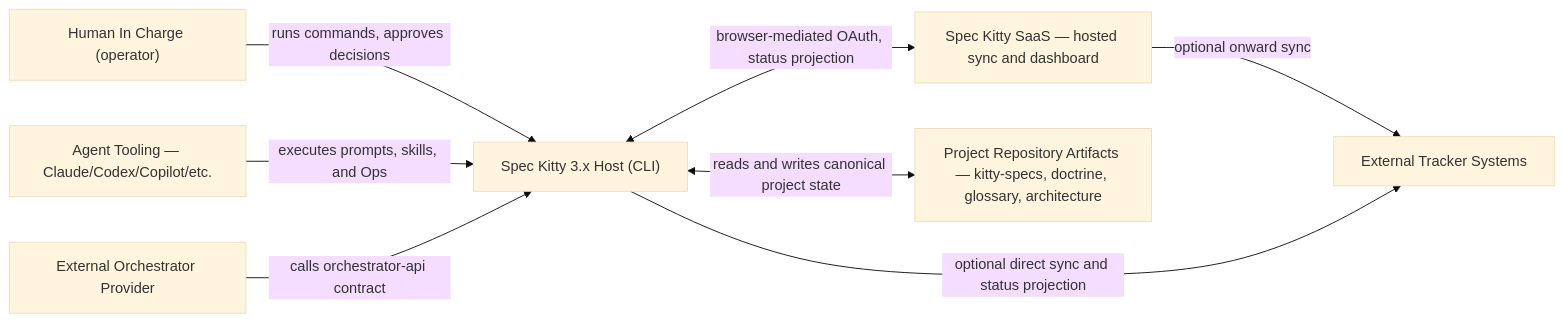
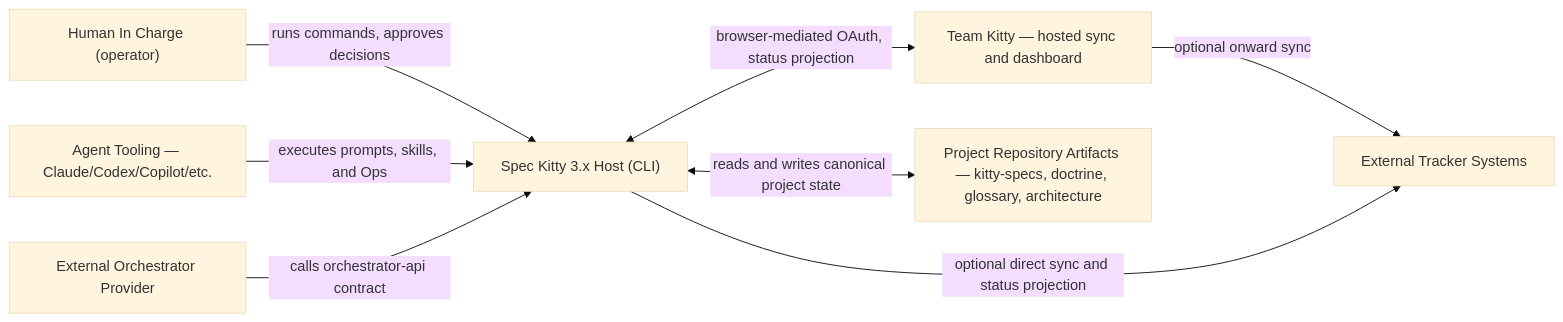
One commit to Priivacy-ai/spec-kitty changed the first of 2 diagrams in docs/architecture/diagrams/01_context/README.md. Above: the diagram before and after it, drawn with Mermaid (base theme). The commit also changed other lines of this file and 134 other files, not shown here.

Commit message:
docs: name the hosted product Team Kitty

````diff
--- a/docs/architecture/diagrams/01_context/README.md
+++ b/docs/architecture/diagrams/01_context/README.md
@@ -42,18 +42,18 @@
 ```mermaid
 flowchart LR
     hic["Human In Charge (operator)"]
     agent["Agent Tooling — Claude/Codex/Copilot/etc."]
     orch["External Orchestrator Provider"]
-    saas["Spec Kitty SaaS — hosted sync and dashboard"]
+    saas["Team Kitty — hosted sync and dashboard"]
     tracker["External Tracker Systems"]
     repo["Project Repository Artifacts — kitty-specs, doctrine, glossary, architecture"]
     sk["Spec Kitty 3.x Host (CLI)"]
 
     hic -->|runs commands, approves decisions| sk
     agent -->|executes prompts, skills, and Ops| sk
     orch -->|calls orchestrator-api contract| sk
     sk <-->|browser-mediated OAuth, status projection| saas
     saas -->|optional onward sync| tracker
     sk -->|optional direct sync and status projection| tracker
     sk <-->|reads and writes canonical project state| repo
 ```
````
